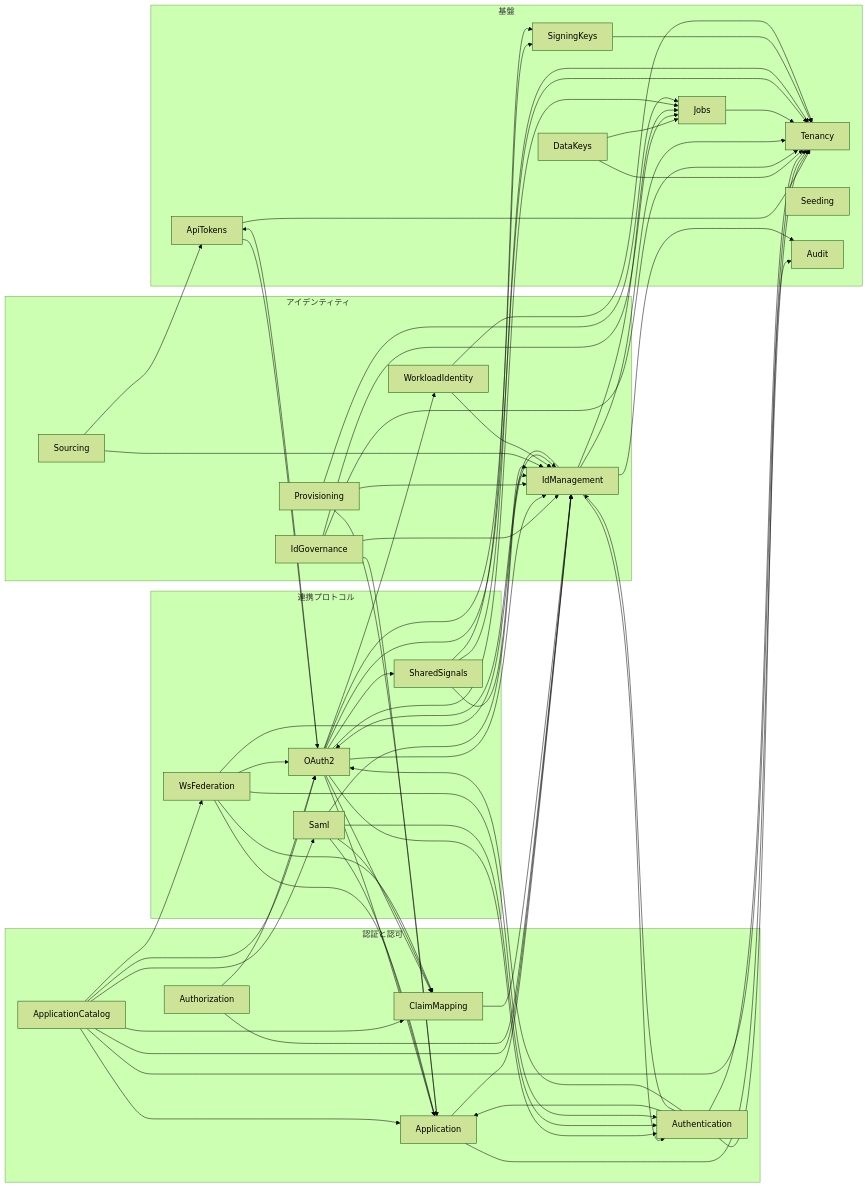
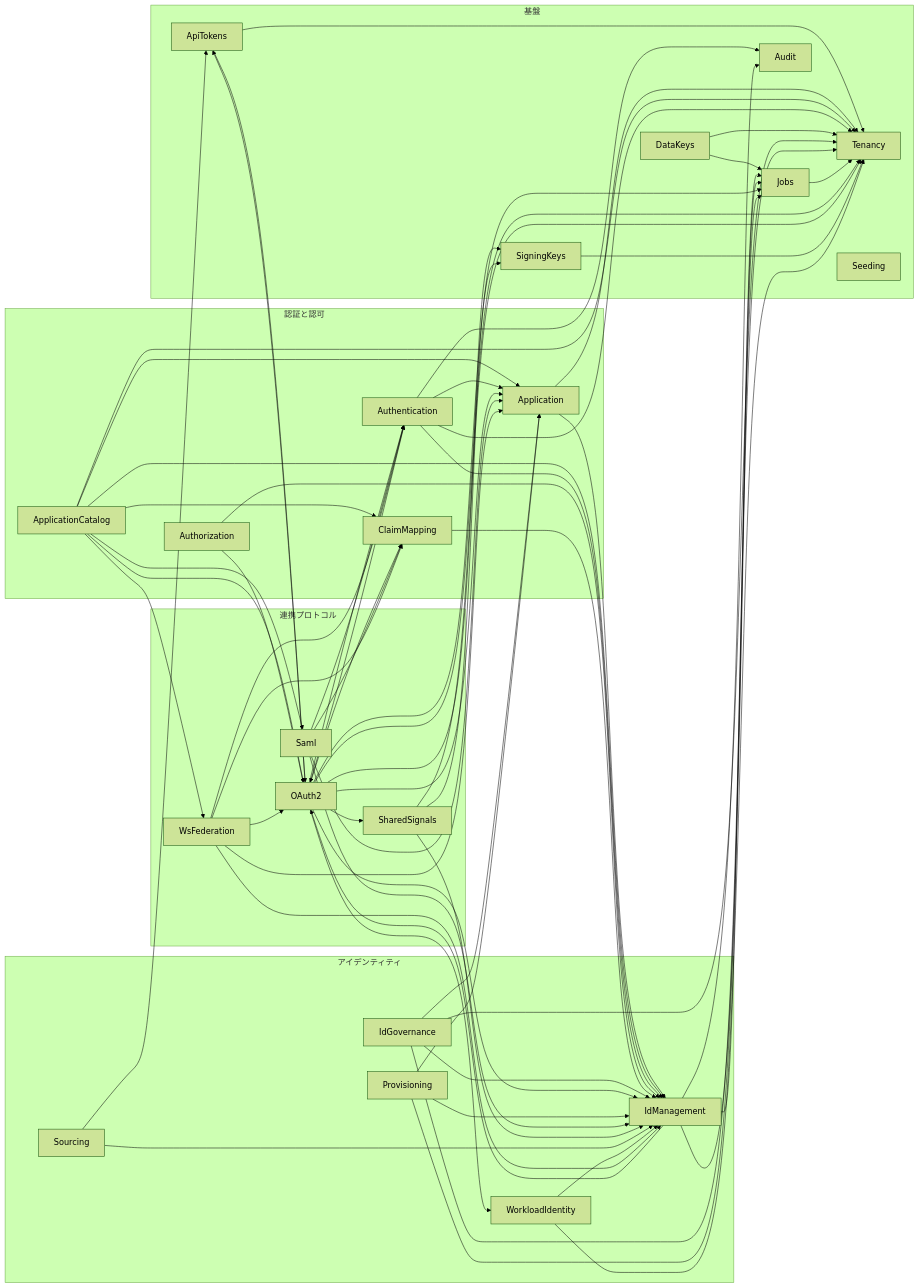
The diagram in docs/modules/README.md (ambi/idmagic), drawn with Mermaid (forest theme) before and after one commit. The commit also changed 44 other files, not shown here.

```diff
--- a/docs/modules/README.md
+++ b/docs/modules/README.md
@@ -154,7 +154,6 @@
   IdGovernance --> Jobs
   IdGovernance --> Tenancy
   IdManagement --> Audit
-  IdManagement --> Authentication
   IdManagement --> Jobs
   IdManagement --> OAuth2
   IdManagement --> Tenancy
```
